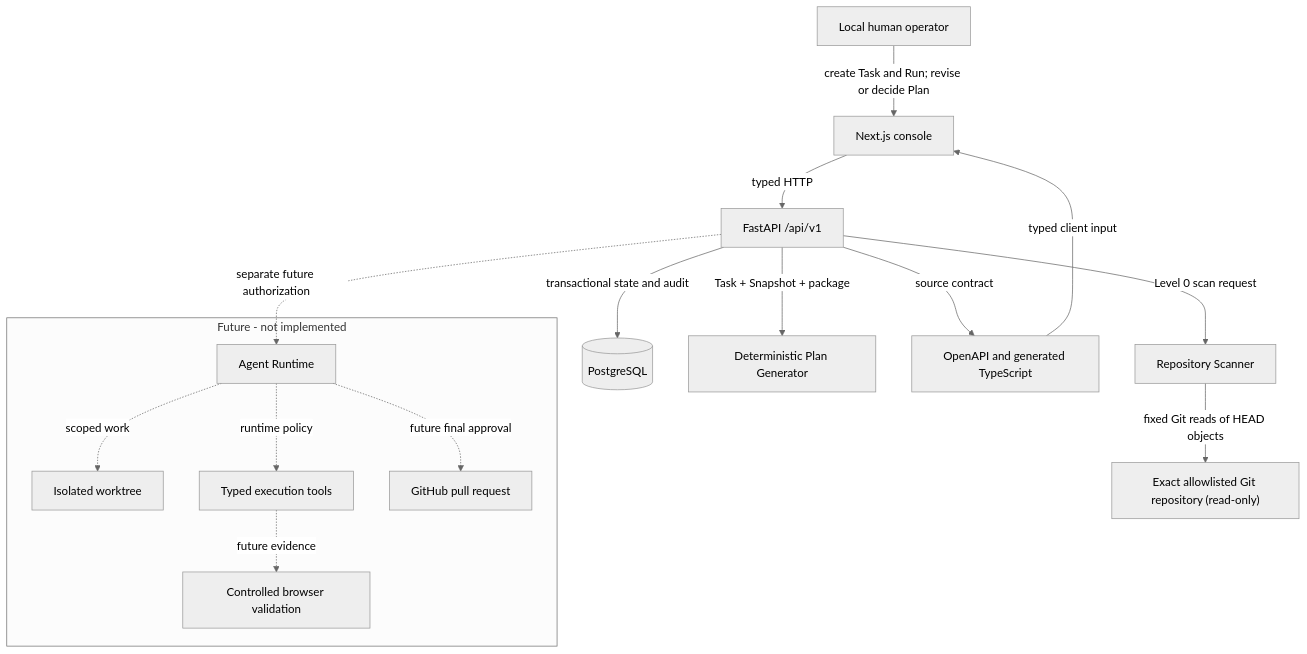
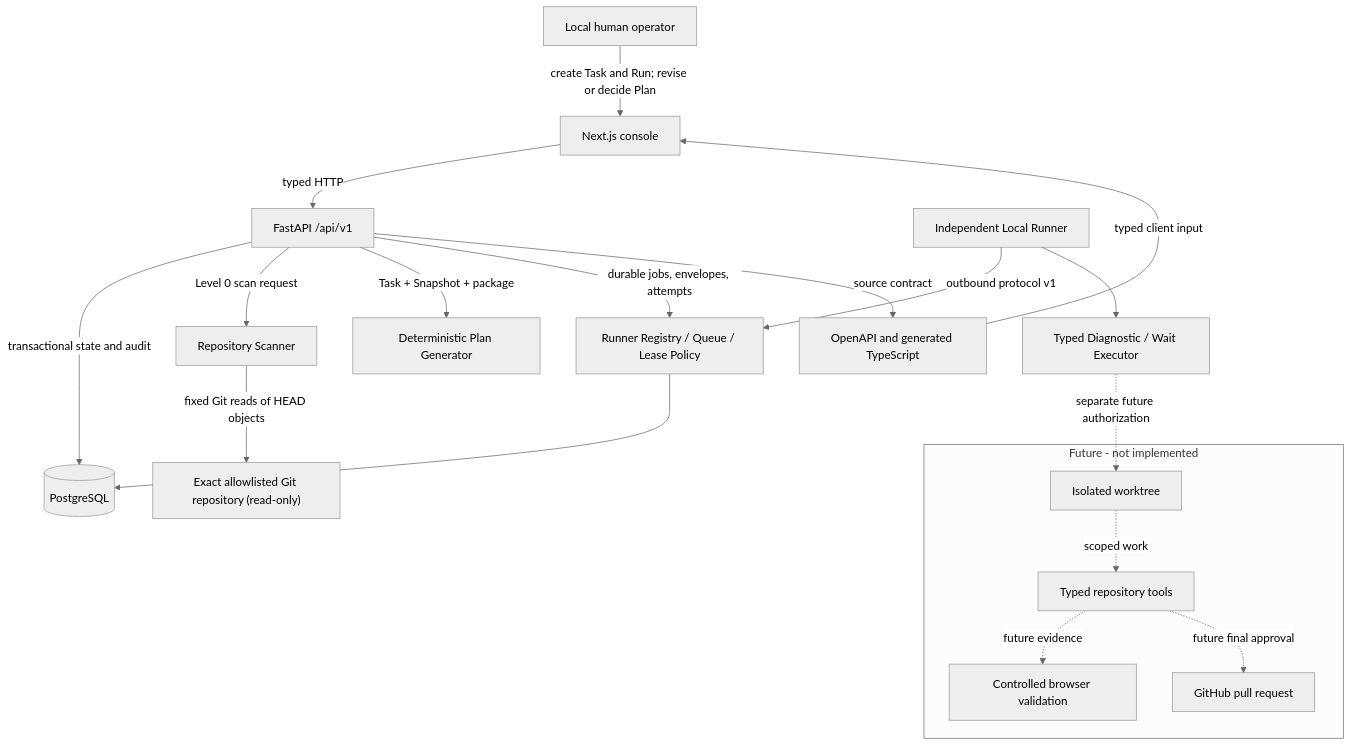
One commit to dankk0220abc-prog/visual-engineer changed the first of 3 diagrams in docs/architecture/system-overview.md. Above: the diagram before and after it, drawn with Mermaid (neutral theme). The commit also changed other lines of this file and 85 other files, not shown here.

Commit message:
feat: add browser-orchestrated local runner foundation

````diff
--- a/docs/architecture/system-overview.md
+++ b/docs/architecture/system-overview.md
@@ -6,34 +7,39 @@
 ```mermaid
 flowchart TB
     H["Local human operator"]
     W["Next.js console"]
     A["FastAPI /api/v1"]
     D[("PostgreSQL")]
     S["Repository Scanner"]
     R["Exact allowlisted Git repository (read-only)"]
     P["Deterministic Plan Generator"]
+    Q["Runner Registry / Queue / Lease Policy"]
+    LR["Independent Local Runner"]
+    E["Typed Diagnostic / Wait Executor"]
     O["OpenAPI and generated TypeScript"]
 
     H -->|"create Task and Run; revise or decide Plan"| W
     W -->|"typed HTTP"| A
     A -->|"transactional state and audit"| D
     A -->|"Level 0 scan request"| S
     S -->|"fixed Git reads of HEAD objects"| R
     A -->|"Task + Snapshot + package"| P
+    A -->|"durable jobs, envelopes, attempts"| Q
+    Q --> D
+    LR -->|"outbound protocol v1"| Q
+    LR --> E
     A -->|"source contract"| O
     O -->|"typed client input"| W
 
     subgraph Future["Future - not implemented"]
-        AR["Agent Runtime"]
         IW["Isolated worktree"]
-        T["Typed execution tools"]
+        T["Typed repository tools"]
         B["Controlled browser validation"]
         G["GitHub pull request"]
     end
 
-    A -. "separate future authorization" .-> AR
-    AR -. "scoped work" .-> IW
-    AR -. "runtime policy" .-> T
+    E -. "separate future authorization" .-> IW
+    IW -. "scoped work" .-> T
     T -. "future evidence" .-> B
-    AR -. "future final approval" .-> G
+    T -. "future final approval" .-> G
 ```
````
